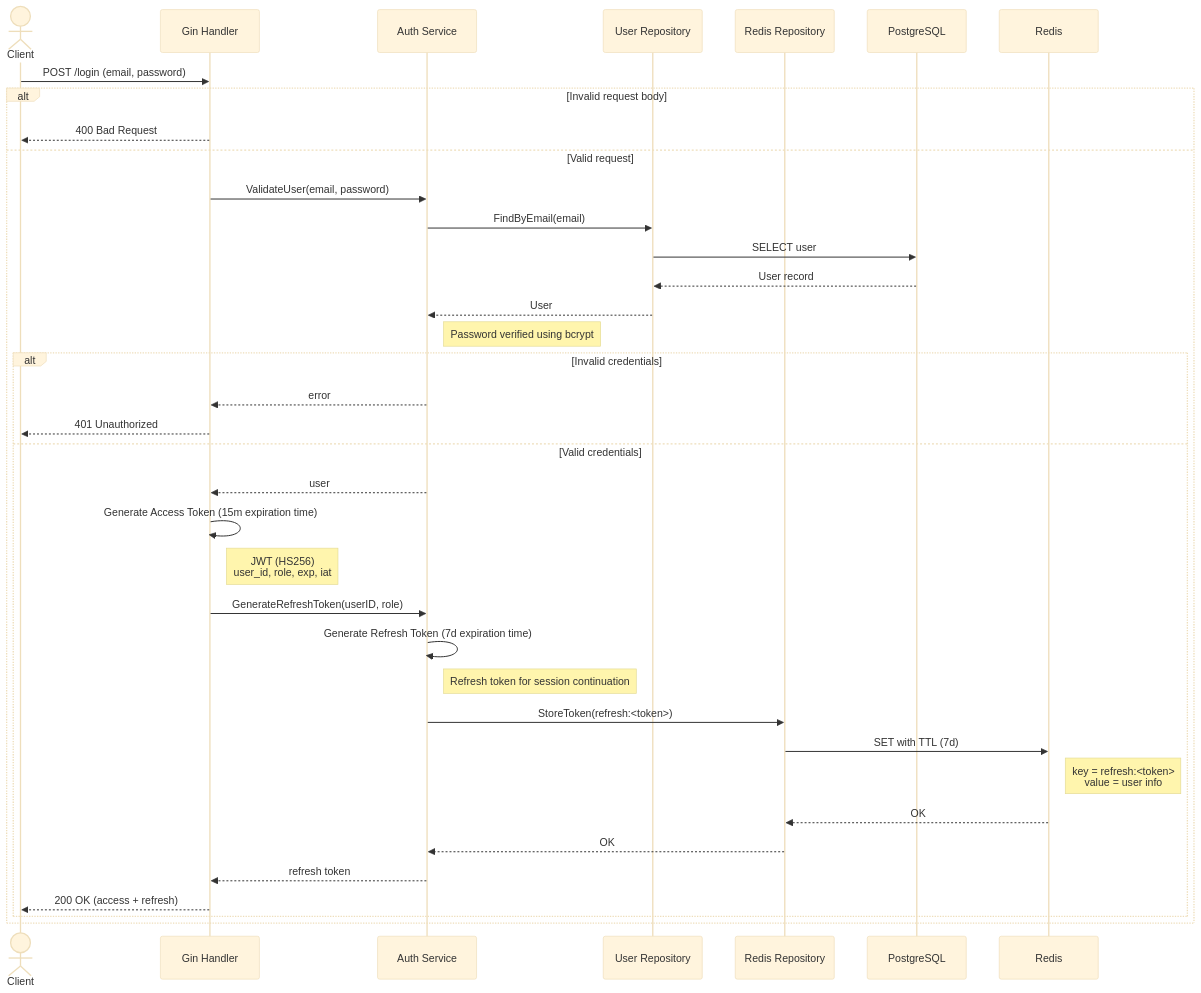
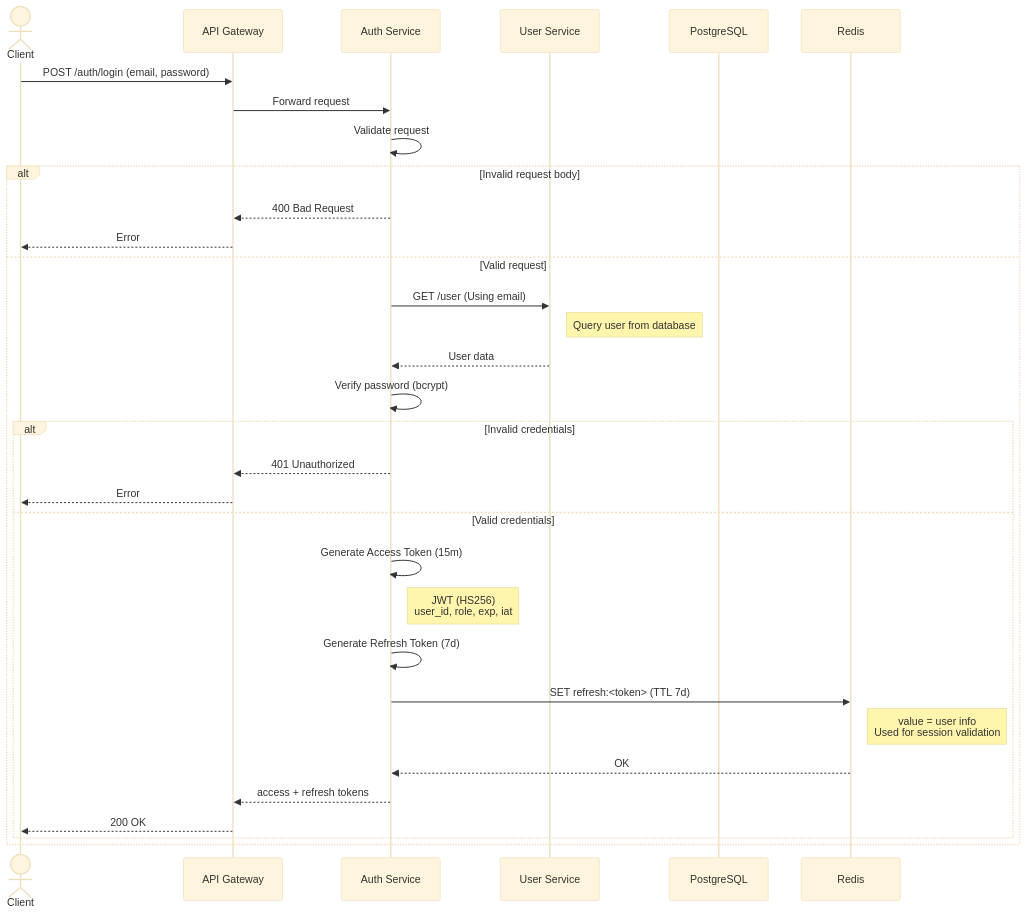
The second of 11 diagrams in DESIGN.md (HenryNg101/Server-Management-System), drawn with Mermaid (base theme) before and after one commit. The commit also changed other lines of this file, not shown here.

````diff
--- a/DESIGN.md
+++ b/DESIGN.md
@@ -79,58 +169,66 @@
    ```mermaid
    sequenceDiagram
 
-      actor Client
-      participant Handler as Gin Handler
-      participant Service as Auth Service
-      participant UserRepo as User Repository
-      participant RedisRepo as Redis Repository
-      participant DB as PostgreSQL
-      participant Redis as Redis
+    actor Client
+    participant Gateway as API Gateway
+    participant AuthSvc as Auth Service
+    participant UserSvc as User Service
+    participant DB as PostgreSQL
+    participant Redis
 
-      %% =========================
-      %% LOGIN WORKFLOW
-      %% =========================
+    %% =========================
+    %% LOGIN WORKFLOW
+    %% =========================
 
-      Client->>Handler: POST /login (email, password)
+    Client->>Gateway: POST /auth/login (email, password)
+    Gateway->>AuthSvc: Forward request
 
-      alt Invalid request body
-         Handler-->>Client: 400 Bad Request
-      else Valid request
-         Handler->>Service: ValidateUser(email, password)
+    AuthSvc->>AuthSvc: Validate request
 
-         Service->>UserRepo: FindByEmail(email)
-         UserRepo->>DB: SELECT user
-         DB-->>UserRepo: User record
-         UserRepo-->>Service: User
+    alt Invalid request body
+        AuthSvc-->>Gateway: 400 Bad Request
+        Gateway-->>Client: Error
+    else Valid request
 
-         Note right of Service: Password verified using bcrypt
+        %% =========================
+        %% USER VALIDATION
+        %% =========================
+        AuthSvc->>UserSvc: GET /user (Using email)
 
-         alt Invalid credentials
-               Service-->>Handler: error
-               Handler-->>Client: 401 Unauthorized
-         else Valid credentials
-               Service-->>Handler: user
+        Note right of UserSvc: Query user from database
 
-               Handler->>Handler: Generate Access Token (15m expiration time)
+        UserSvc-->>AuthSvc: User data
 
-               Note right of Handler: JWT (HS256)<br>user_id, role, exp, iat
+        AuthSvc->>AuthSvc: Verify password (bcrypt)
 
-               Handler->>Service: GenerateRefreshToken(userID, role)
+        alt Invalid credentials
+            AuthSvc-->>Gateway: 401 Unauthorized
+            Gateway-->>Client: Error
+        else Valid credentials
 
-               Service->>Service: Generate Refresh Token (7d expiration time)
+            %% =========================
+            %% TOKEN GENERATION
+            %% =========================
+            AuthSvc->>AuthSvc: Generate Access Token (15m)
 
-               Note right of Service: Refresh token for session continuation
+            Note right of AuthSvc: JWT (HS256)<br>user_id, role, exp, iat
 
-               Service->>RedisRepo: StoreToken(refresh:<token>)
-               RedisRepo->>Redis: SET with TTL (7d)
+            AuthSvc->>AuthSvc: Generate Refresh Token (7d)
 
-               Note right of Redis: key = refresh:<token><br>value = user info
+            %% =========================
+            %% STORE REFRESH TOKEN
+            %% =========================
+            AuthSvc->>Redis: SET refresh:<token> (TTL 7d)
 
-               Redis-->>RedisRepo: OK
-               RedisRepo-->>Service: OK
+            Note right of Redis: value = user info<br>Used for session validation
 
-               Service-->>Handler: refresh token
-               Handler-->>Client: 200 OK (access + refresh)
-         end
-      end
+            Redis-->>AuthSvc: OK
+
+            %% =========================
+            %% RESPONSE
+            %% =========================
+            AuthSvc-->>Gateway: access + refresh tokens
+            Gateway-->>Client: 200 OK
+        end
+    end
    ```
````
